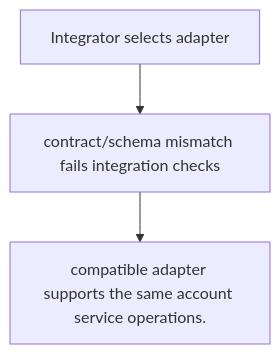
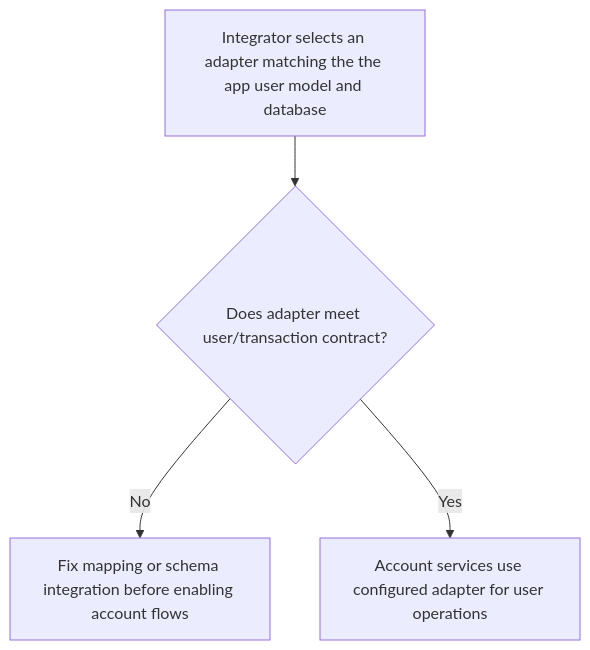
One commit to Kevinjohn/oss-adonisjs-account-kit changed the first of 2 diagrams in user-stories/US-ACCOUNT-34-choose-user-adapter.md. Above: the diagram before and after it, drawn with Mermaid. The commit also changed other lines of this file and 29 other files, not shown here.

````diff
--- a/user-stories/US-ACCOUNT-34-choose-user-adapter.md
+++ b/user-stories/US-ACCOUNT-34-choose-user-adapter.md
@@ -20,8 +18,6 @@
 ```mermaid
 flowchart TD
-    U0["Integrator selects adapter"]
-    U1["contract/schema mismatch fails integration checks"]
-    U0 --> U1
-    U2["compatible adapter supports the same account service operations."]
-    U1 --> U2
+ A["Integrator selects an adapter matching the the app user model and database"] --> B{"Does adapter meet user/transaction contract?"}
+ B -->|No| C["Fix mapping or schema integration before enabling account flows"]
+ B -->|Yes| D["Account services use configured adapter for user operations"]
 ```
````
